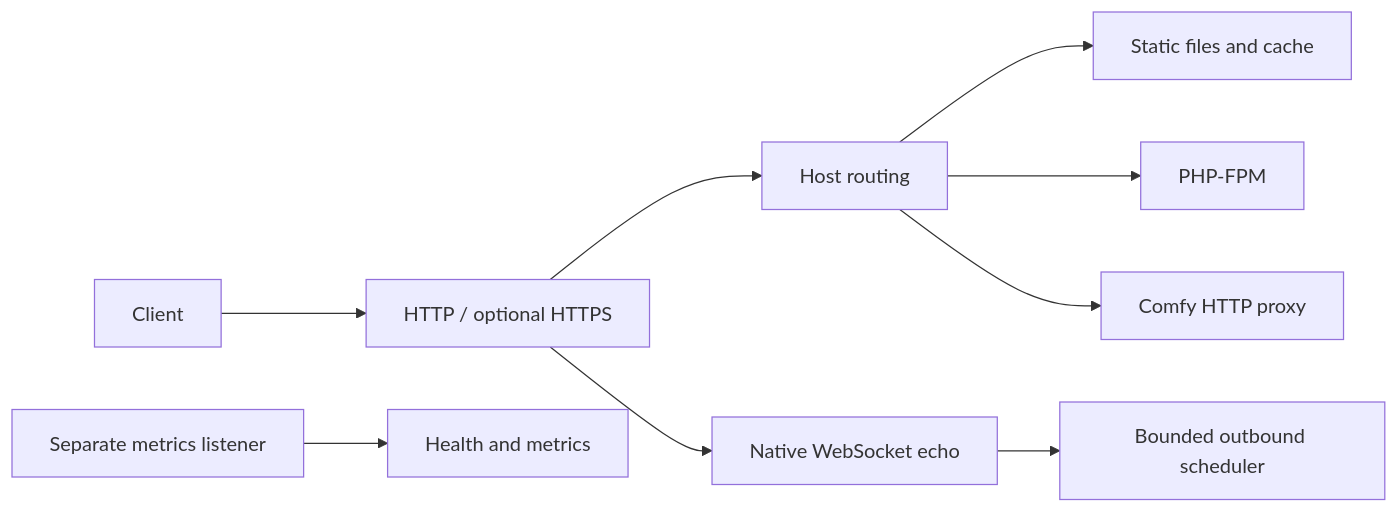
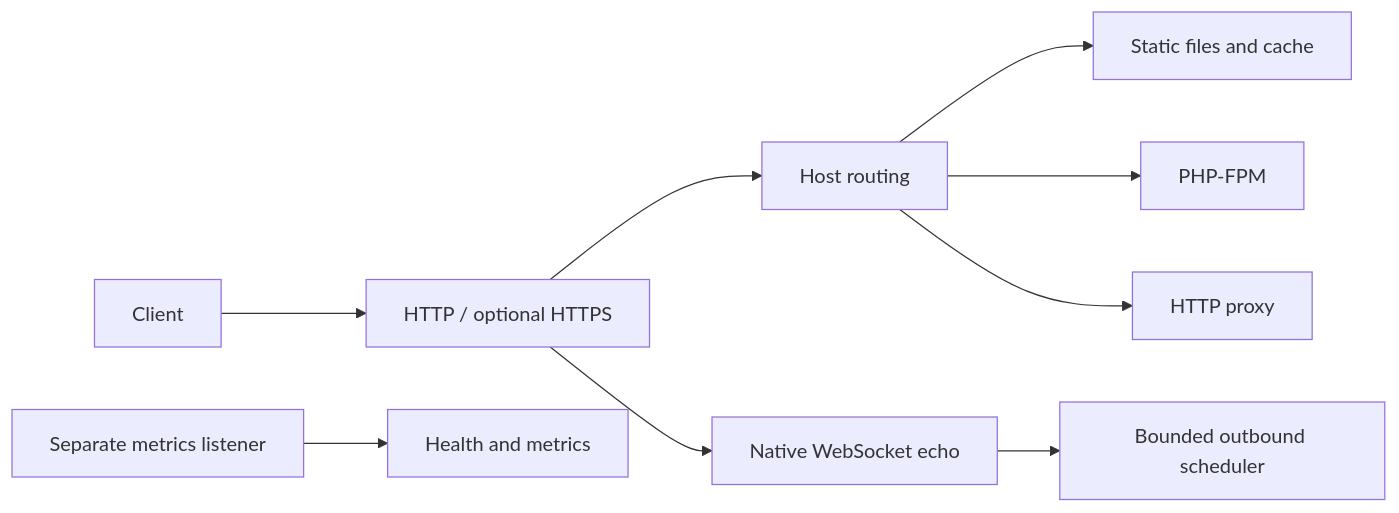
The diagram in docs/ARCHITECTURE.md (Cyber-Space-nl/RWS), drawn with Mermaid before and after one commit. The commit also changed other lines of this file and 38 other files, not shown here.

````diff
--- a/docs/ARCHITECTURE.md
+++ b/docs/ARCHITECTURE.md
@@ -16,11 +16,11 @@
 ```mermaid
 flowchart LR
   Client --> HTTP[HTTP / optional HTTPS]
   HTTP --> Route[Host routing]
   Route --> Static[Static files and cache]
   Route --> PHP[PHP-FPM]
-  Route --> Proxy[Comfy HTTP proxy]
+  Route --> Proxy[HTTP proxy]
   HTTP --> WS[Native WebSocket echo]
   WS --> Scheduler[Bounded outbound scheduler]
   Metrics[Separate metrics listener] --> Health[Health and metrics]
 ```
````
